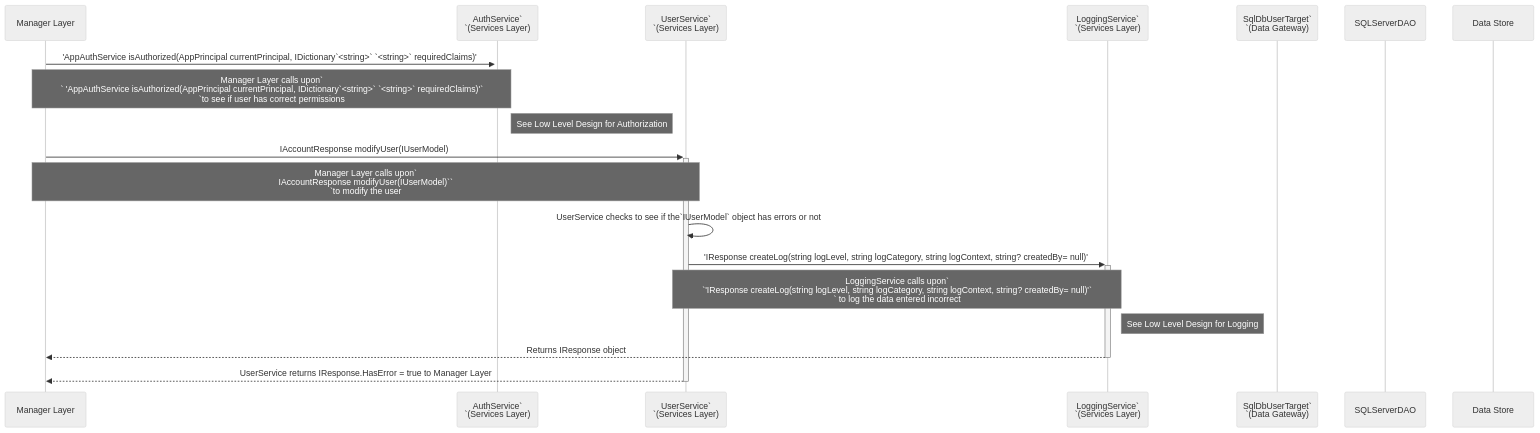
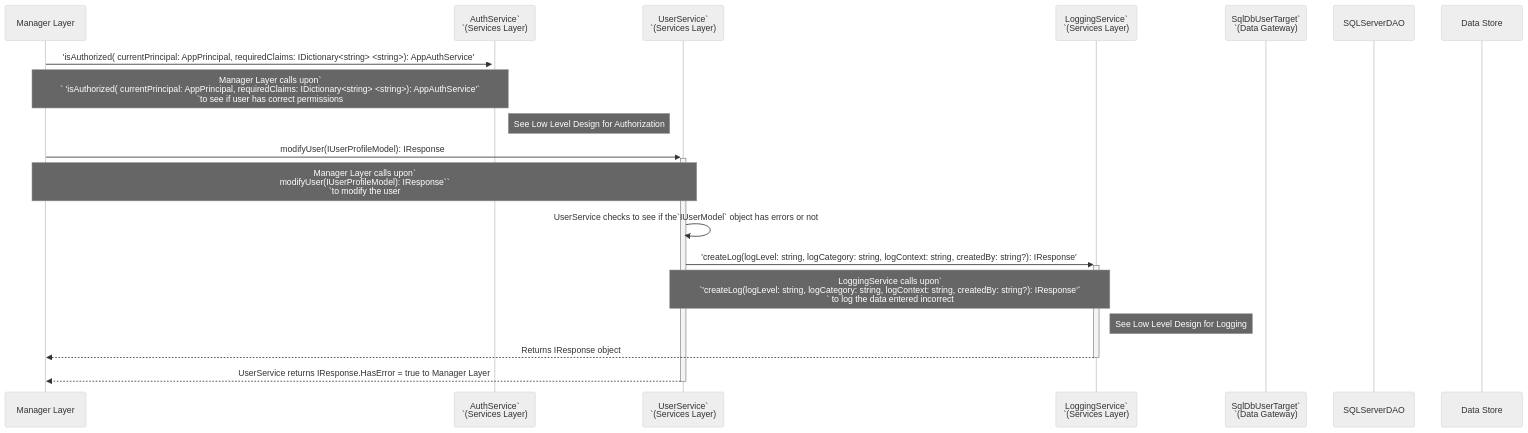
Before and after one commit to MNRainDrop/CECS-491A-Spec: the diagram in Project Documents/Milestone 2/Low Level Design/User Administration Library/AccountModification/UserAdministrationLibrary_AccountModification_UserServiceFail.mmd, drawn with Mermaid (neutral theme). The commit also changed 2 other files, not shown here.

Commit message:
Updated LLD Diagrams

```diff
--- a/Project Documents/Milestone 2/Low Level Design/User Administration Library/AccountModification/UserAdministrationLibrary_AccountModification_UserServiceFail.mmd
+++ b/Project Documents/Milestone 2/Low Level Design/User Administration Library/AccountModification/UserAdministrationLibrary_AccountModification_UserServiceFail.mmd
@@ -1,31 +1,31 @@
 sequenceDiagram
 
     # See BRD UA-6 Account Modification
     # MethodName(varaibleName : dataType) : ReturnType
 
     participant ml as Manager Layer
     participant as as AuthService`<br>`(Services Layer)
     participant uc as UserService`<br>`(Services Layer)
     participant ls as LoggingService`<br>`(Services Layer)
     participant dg as SqlDbUserTarget`<br>`(Data Gateway)
     participant da as SQLServerDAO
     participant ds as Data Store
 
-    ml->>+as: 'AppAuthService isAuthorized(AppPrincipal currentPrincipal, IDictionary`<string>` `<string>` requiredClaims)'
-        Note over ml,as: Manager Layer calls upon`<br>`  'AppAuthService isAuthorized(AppPrincipal currentPrincipal, IDictionary`<string>` `<string>` requiredClaims)'`<br>`to see if user has correct permissions
+    ml->>+as: 'isAuthorized( currentPrincipal: AppPrincipal, requiredClaims: IDictionary<string> <string>): AppAuthService'
+        Note over ml,as: Manager Layer calls upon`<br>`  'isAuthorized( currentPrincipal: AppPrincipal, requiredClaims: IDictionary<string> <string>): AppAuthService'`<br>`to see if user has correct permissions
         Note right of as: See Low Level Design for Authorization
 
-    ml->>+uc: IAccountResponse modifyUser(IUserModel)
-        Note over ml,uc: Manager Layer calls upon`<br>IAccountResponse modifyUser(IUserModel)``<br>`to modify the user
+    ml->>+uc:  modifyUser(IUserProfileModel): IResponse
+        Note over ml,uc: Manager Layer calls upon`<br>modifyUser(IUserProfileModel): IResponse``<br>`to modify the user
 
     # UserService should check/ validate data passed through
     uc->>uc: UserService checks to see if the`IUserModel` object has errors or not
 
-    uc->>+ls:'IResponse createLog(string logLevel, string logCategory, string logContext, string? createdBy= null)'
-        Note over uc,ls: LoggingService calls upon`<br>`'IResponse createLog(string logLevel, string logCategory, string logContext, string? createdBy= null)'`<br>` to log the data entered incorrect
+    uc->>+ls:'createLog(logLevel: string, logCategory: string, logContext: string, createdBy: string?): IResponse'
+        Note over uc,ls: LoggingService calls upon`<br>`'createLog(logLevel: string, logCategory: string, logContext: string, createdBy: string?): IResponse'`<br>` to log the data entered incorrect
         Note right of ls: See Low Level Design for Logging
 
     ls -->>- ml: Returns IResponse object
 
     # Data validiation finds error 
     uc -->>- ml: UserService returns IResponse.HasError = true to Manager Layer
```
